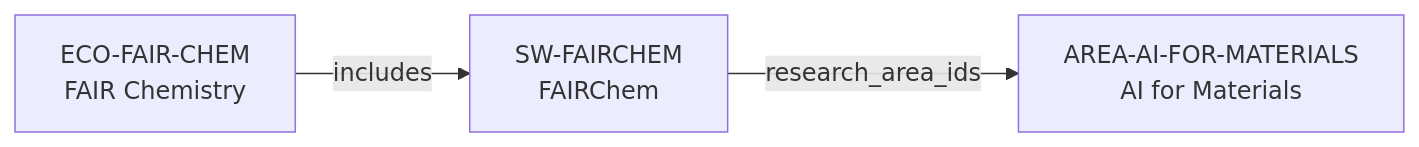
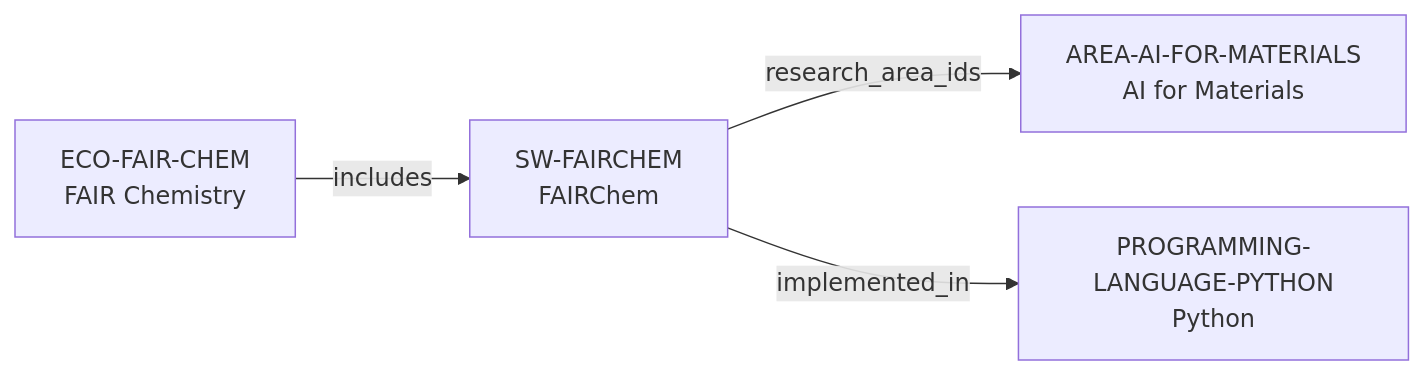
One commit to akin-oz/research-landscape changed the diagram in docs/fair-chem-ecosystem-intelligence-vertical-slice.md. Above: the diagram before and after it, drawn with Mermaid. The commit also changed other lines of this file and 17 other files, not shown here.

````diff
--- a/docs/fair-chem-ecosystem-intelligence-vertical-slice.md
+++ b/docs/fair-chem-ecosystem-intelligence-vertical-slice.md
@@ -15,6 +15,7 @@
 ```mermaid
 flowchart LR
   AREA["AREA-AI-FOR-MATERIALS\nAI for Materials"]
   ECO["ECO-FAIR-CHEM\nFAIR Chemistry"] -->|"includes"| SW["SW-FAIRCHEM\nFAIRChem"]
   SW -->|"research_area_ids"| AREA
+  SW -->|"implemented_in"| PY["PROGRAMMING-LANGUAGE-PYTHON\nPython"]
 ```
````
